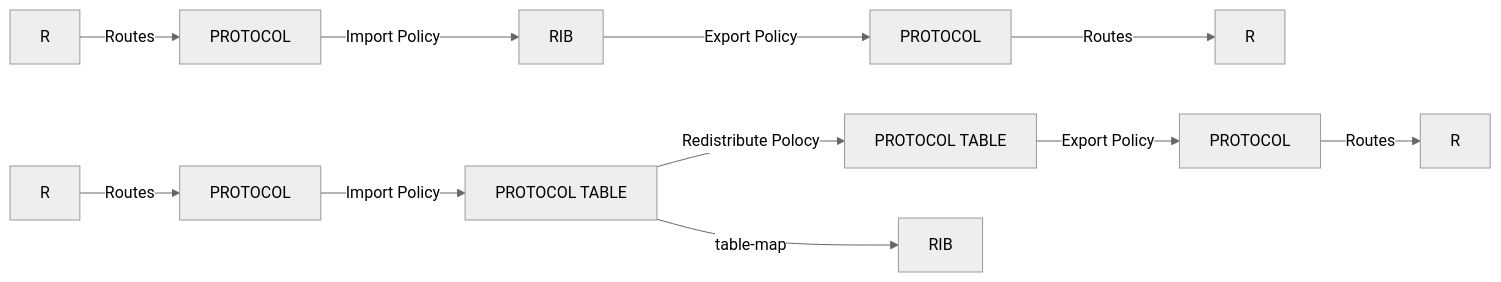
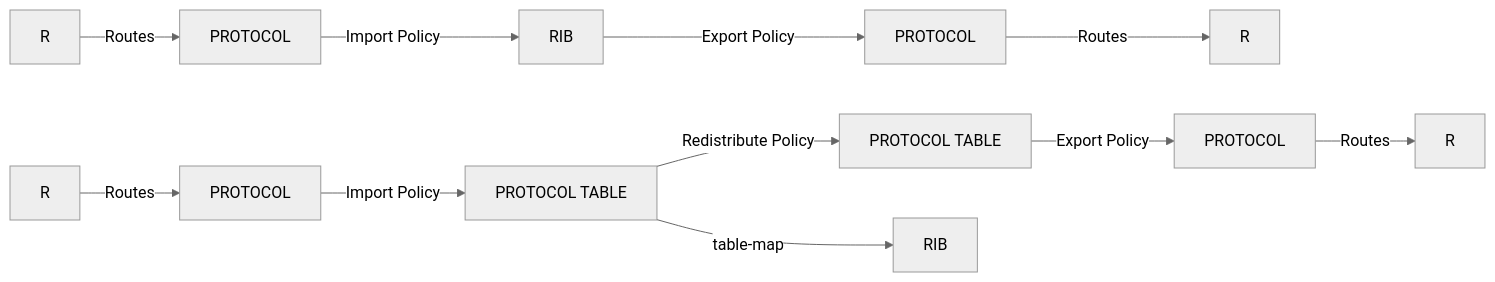
One commit to RoutingWiki/routing-wiki changed the diagram in docs/iosxr/index.md. Above: the diagram before and after it, drawn with Mermaid (neutral theme). The commit also changed 4 other files, not shown here.

Commit message:
修正文档中的拼写错误，将“Redistribute Polocy”更正为“Redistribute Policy”

````diff
--- a/docs/iosxr/index.md
+++ b/docs/iosxr/index.md
@@ -29,27 +29,27 @@
 ```mermaid
 graph LR
 A[R]
 B[R]
 C[PROTOCOL]
 D[PROTOCOL]
 E[RIB]
 A -->|Routes| C
 C -->|Import Policy| E
 E -->|Export Policy| D
 D -->|Routes| B
 
 
 I[R]
 J[R]
 K[PROTOCOL]
 L[PROTOCOL]
 M[PROTOCOL TABLE]
 N[PROTOCOL TABLE]
 O[RIB]
 I -->|Routes| K
 K -->|Import Policy| M
 M -->|table-map| O
-M -->|Redistribute Polocy| N
+M -->|Redistribute Policy| N
 N -->|Export Policy| L
 L -->|Routes| J
 ```
````
